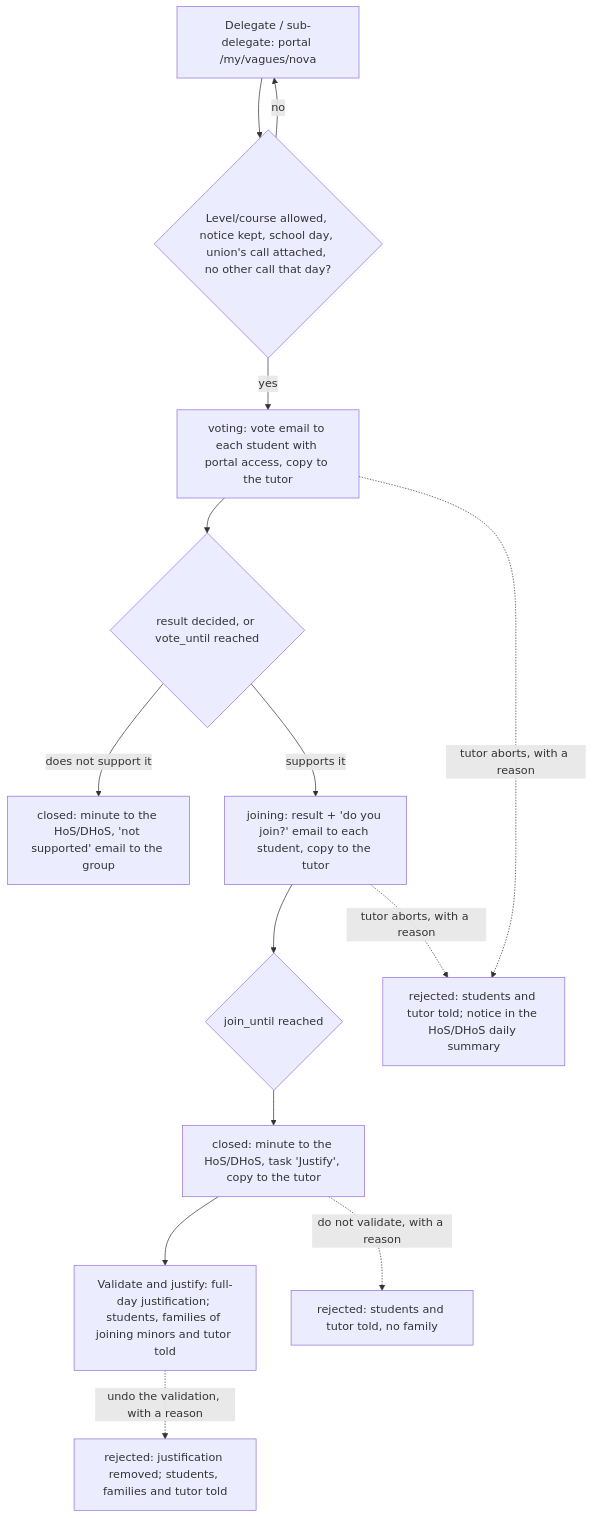
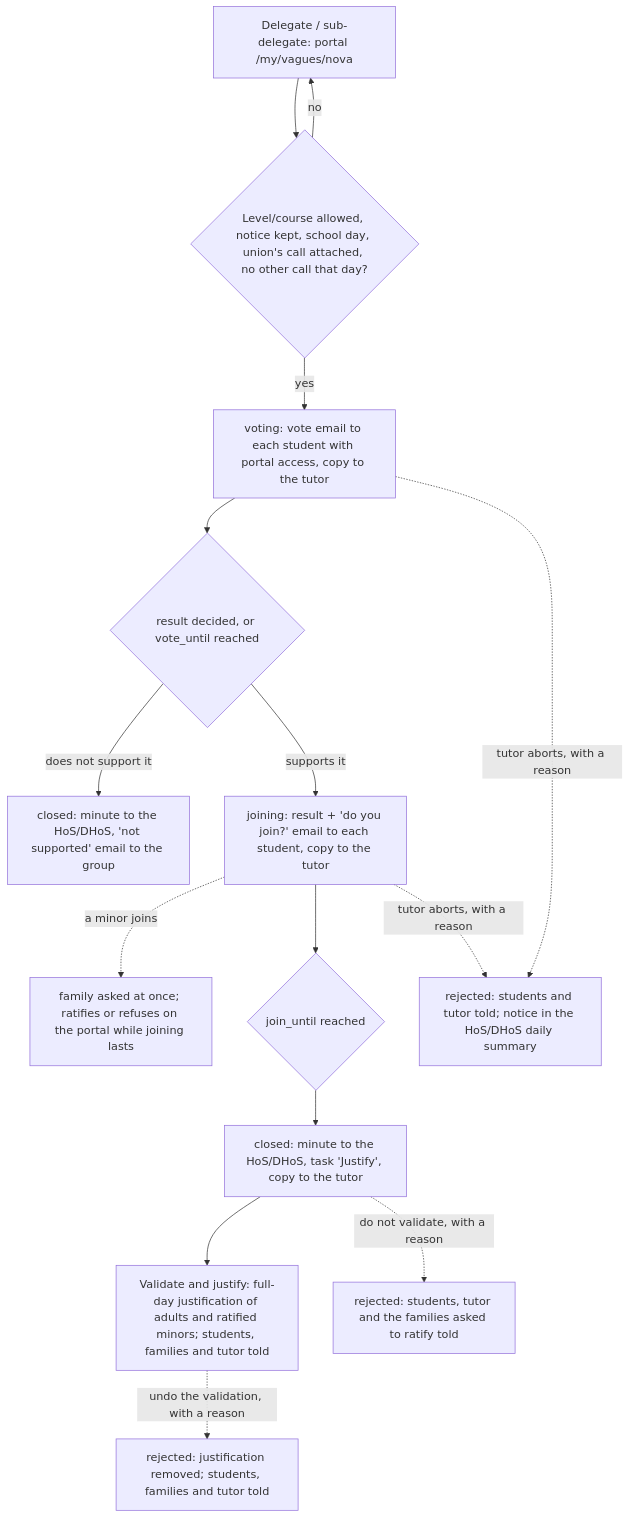
One commit to ElPuig/EMS changed the second of 2 diagrams in docs/en/developers/attendance/student_walkout.md. Above: the diagram before and after it, drawn with Mermaid. The commit also changed other lines of this file and 15 other files, not shown here.

First line of the commit message:
[#800] A minor joining needs the family's ratification

````diff
--- a/docs/en/developers/attendance/student_walkout.md
+++ b/docs/en/developers/attendance/student_walkout.md
@@ -168,16 +175,17 @@
 ```mermaid
 flowchart TD
     A[Delegate / sub-delegate: portal /my/vagues/nova] --> B{"Level/course allowed, notice kept, school day, union's call attached, no other call that day?"}
     B -- no --> A
     B -- yes --> V["voting: vote email to each student with portal access, copy to the tutor"]
     V --> E{"result decided, or vote_until reached"}
     E -- "does not support it" --> N["closed: minute to the HoS/DHoS, 'not supported' email to the group"]
     E -- supports it --> J["joining: result + 'do you join?' email to each student, copy to the tutor"]
+    J -. "a minor joins" .-> R["family asked at once; ratifies or refuses on the portal while joining lasts"]
     J --> K{"join_until reached"}
     K --> F["closed: minute to the HoS/DHoS, task 'Justify', copy to the tutor"]
-    F --> I["Validate and justify: full-day justification; students, families of joining minors and tutor told"]
-    F -. "do not validate, with a reason" .-> Y["rejected: students and tutor told, no family"]
+    F --> I["Validate and justify: full-day justification of adults and ratified minors; students, families and tutor told"]
+    F -. "do not validate, with a reason" .-> Y["rejected: students, tutor and the families asked to ratify told"]
     I -. "undo the validation, with a reason" .-> Z["rejected: justification removed; students, families and tutor told"]
     V -. "tutor aborts, with a reason" .-> X["rejected: students and tutor told; notice in the HoS/DHoS daily summary"]
     J -. "tutor aborts, with a reason" .-> X
 ```
````
